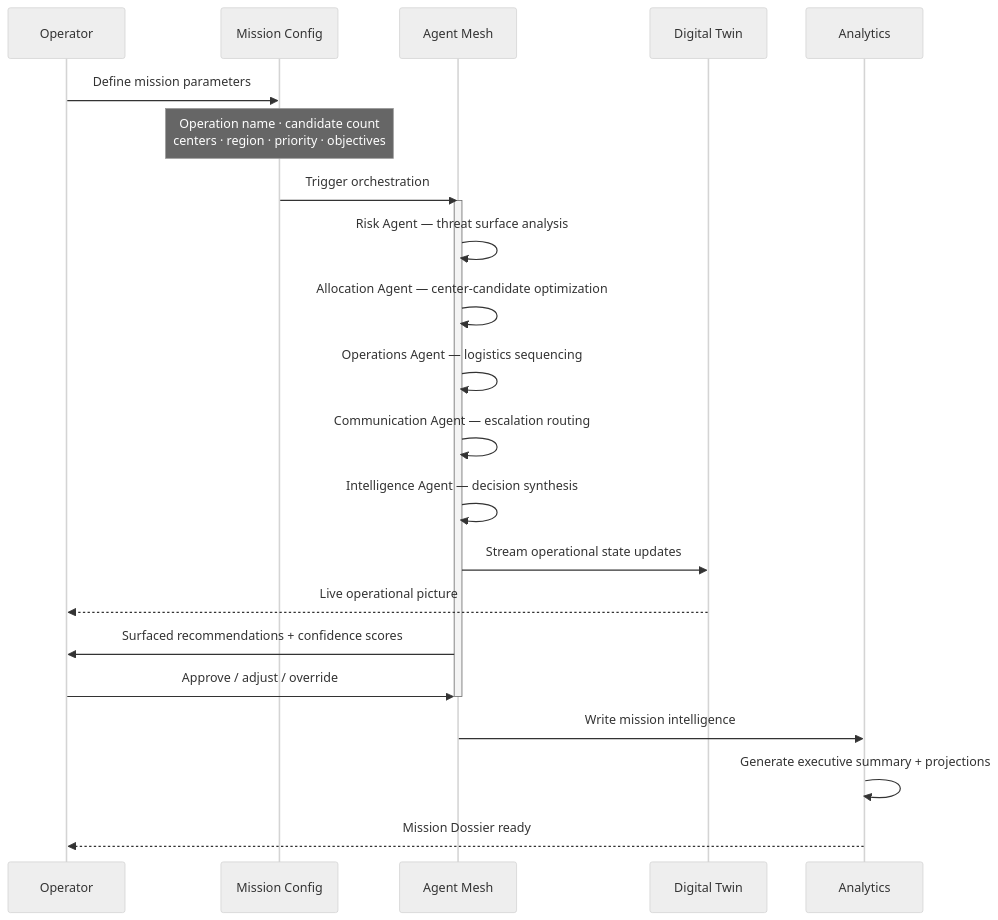
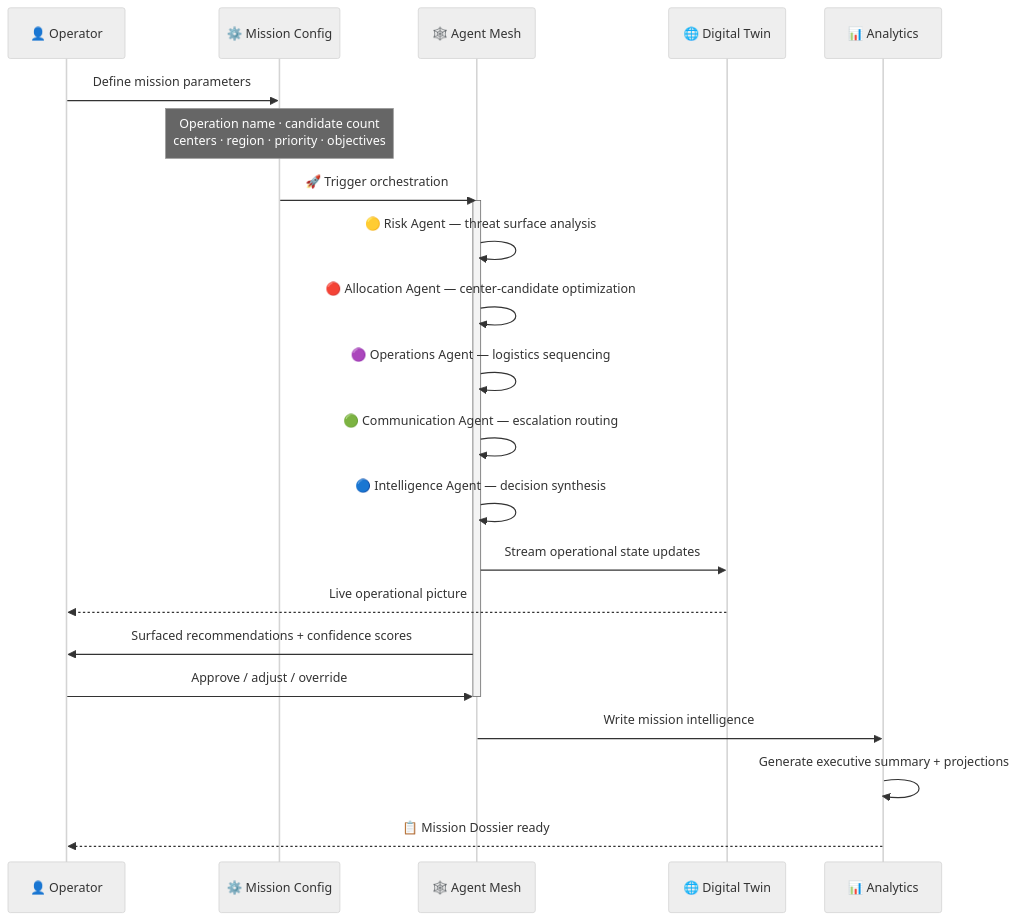
The second of 2 diagrams in README.md (khyatiagrawal-2025/Orchestr-AI), drawn with Mermaid (neutral theme) before and after one commit. The commit also changed other lines of this file and 7 other files, not shown here.

````diff
--- a/README.md
+++ b/README.md
@@ -326,32 +325,32 @@
 ```mermaid
 sequenceDiagram
-    participant O as Operator
-    participant MC as Mission Config
-    participant AM as Agent Mesh
-    participant DT as Digital Twin
-    participant AN as Analytics
+    participant O as 👤 Operator
+    participant MC as ⚙️ Mission Config
+    participant AM as 🕸️ Agent Mesh
+    participant DT as 🌐 Digital Twin
+    participant AN as 📊 Analytics
 
     O->>MC: Define mission parameters
     Note over MC: Operation name · candidate count<br/>centers · region · priority · objectives
 
-    MC->>AM: Trigger orchestration
+    MC->>AM: 🚀 Trigger orchestration
     activate AM
 
-    AM->>AM: Risk Agent — threat surface analysis
-    AM->>AM: Allocation Agent — center-candidate optimization
-    AM->>AM: Operations Agent — logistics sequencing
-    AM->>AM: Communication Agent — escalation routing
-    AM->>AM: Intelligence Agent — decision synthesis
+    AM->>AM: 🟡 Risk Agent — threat surface analysis
+    AM->>AM: 🔴 Allocation Agent — center-candidate optimization
+    AM->>AM: 🟣 Operations Agent — logistics sequencing
+    AM->>AM: 🟢 Communication Agent — escalation routing
+    AM->>AM: 🔵 Intelligence Agent — decision synthesis
 
     AM->>DT: Stream operational state updates
     DT-->>O: Live operational picture
 
     AM->>O: Surfaced recommendations + confidence scores
     O->>AM: Approve / adjust / override
 
     deactivate AM
 
     AM->>AN: Write mission intelligence
     AN->>AN: Generate executive summary + projections
-    AN-->>O: Mission Dossier ready
+    AN-->>O: 📋 Mission Dossier ready
 ```
````
